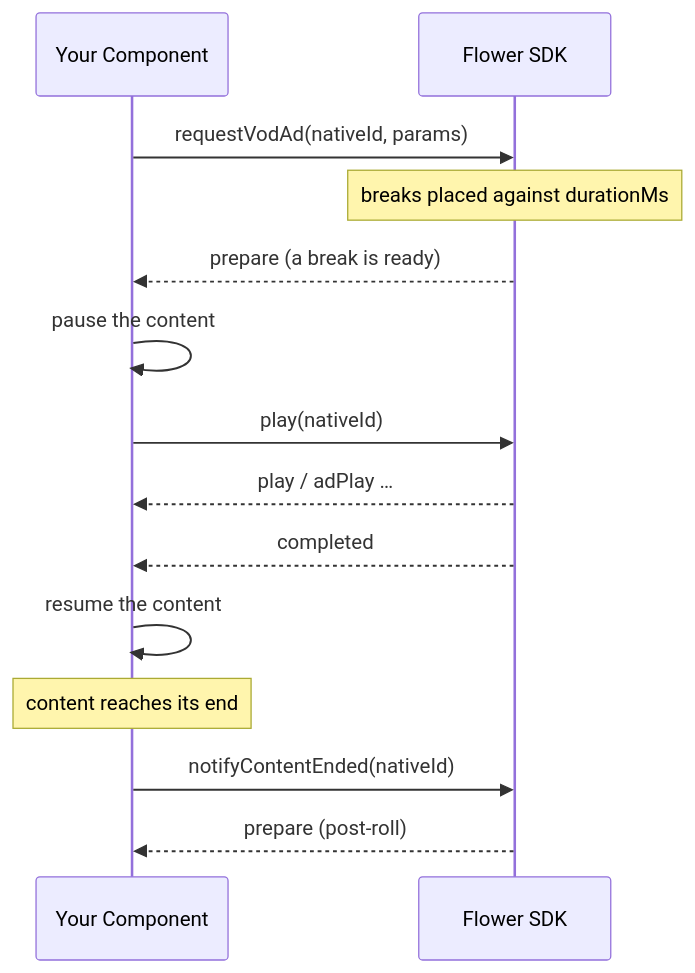
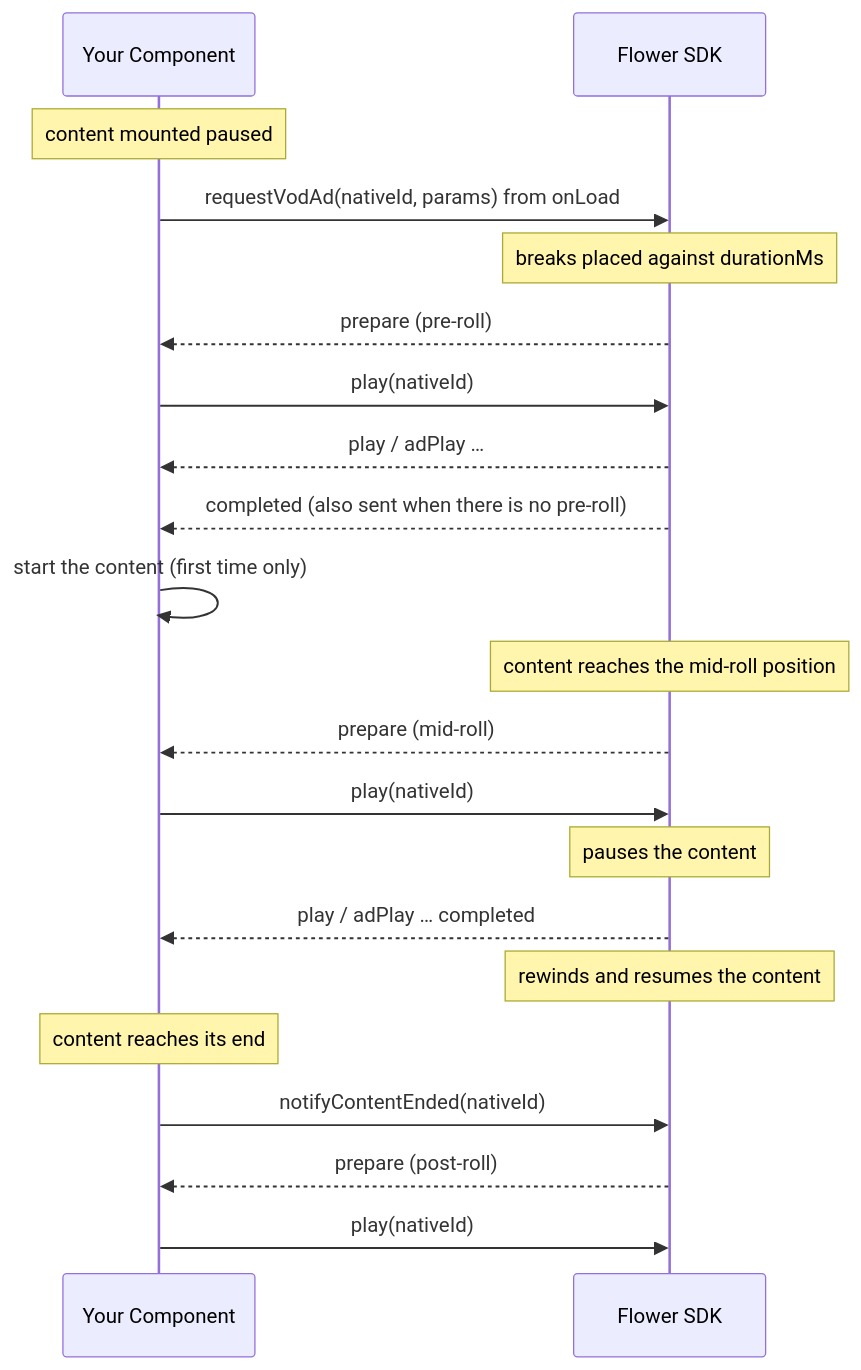
One commit to anypointmedia/flower-integration-guide changed the diagram in docs/react-native/ad-insertion/vod/vod-ad-implementation.md. Above: the diagram before and after it, drawn with Mermaid. The commit also changed other lines of this file and 230 other files, not shown here.

````diff
--- a/docs/react-native/ad-insertion/vod/vod-ad-implementation.md
+++ b/docs/react-native/ad-insertion/vod/vod-ad-implementation.md
@@ -13,17 +17,24 @@
 ```mermaid
 sequenceDiagram
     participant App as Your Component
     participant SDK as Flower SDK
 
-    App->>SDK: requestVodAd(nativeId, params)
+    Note over App: content mounted paused
+    App->>SDK: requestVodAd(nativeId, params) from onLoad
     Note over SDK: breaks placed against durationMs
-    SDK-->>App: prepare (a break is ready)
-    App->>App: pause the content
+    SDK-->>App: prepare (pre-roll)
     App->>SDK: play(nativeId)
     SDK-->>App: play / adPlay …
-    SDK-->>App: completed
-    App->>App: resume the content
+    SDK-->>App: completed (also sent when there is no pre-roll)
+    App->>App: start the content (first time only)
+    Note over SDK: content reaches the mid-roll position
+    SDK-->>App: prepare (mid-roll)
+    App->>SDK: play(nativeId)
+    Note over SDK: pauses the content
+    SDK-->>App: play / adPlay … completed
+    Note over SDK: rewinds and resumes the content
     Note over App: content reaches its end
     App->>SDK: notifyContentEnded(nativeId)
     SDK-->>App: prepare (post-roll)
+    App->>SDK: play(nativeId)
 ```
````
